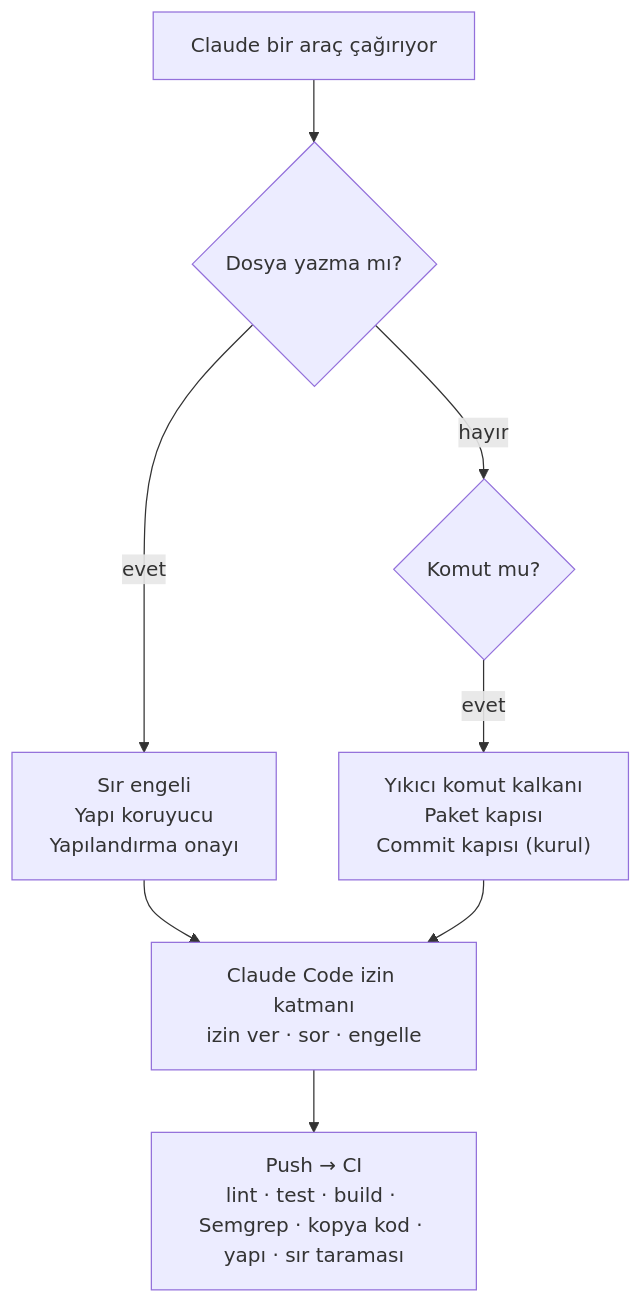
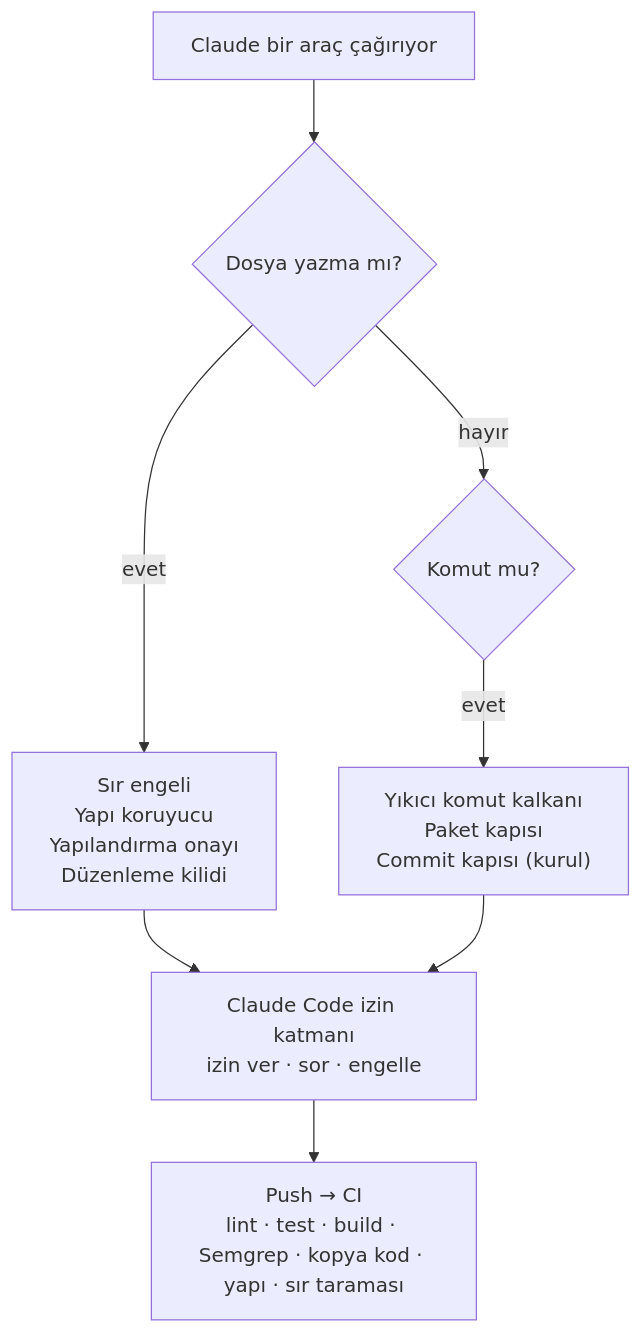
Before and after one commit to burakdogrul/TillerHand: the fourth of 4 diagrams in README.md, drawn with Mermaid. The commit also changed other lines of this file and 32 other files, not shown here.

````diff
--- a/README.md
+++ b/README.md
@@ -235,10 +235,10 @@
 ```mermaid
 flowchart TB
     T["Claude bir araç çağırıyor"] --> W{"Dosya yazma mı?"}
-    W -->|evet| SG["Sır engeli<br/>Yapı koruyucu<br/>Yapılandırma onayı"]
+    W -->|evet| SG["Sır engeli<br/>Yapı koruyucu<br/>Yapılandırma onayı<br/>Düzenleme kilidi"]
     W -->|hayır| B{"Komut mu?"}
     B -->|evet| BG["Yıkıcı komut kalkanı<br/>Paket kapısı<br/>Commit kapısı (kurul)"]
     SG --> P["Claude Code izin katmanı<br/>izin ver · sor · engelle"]
     BG --> P
     P --> CI["Push → CI<br/>lint · test · build · Semgrep · kopya kod · yapı · sır taraması"]
 ```
````
